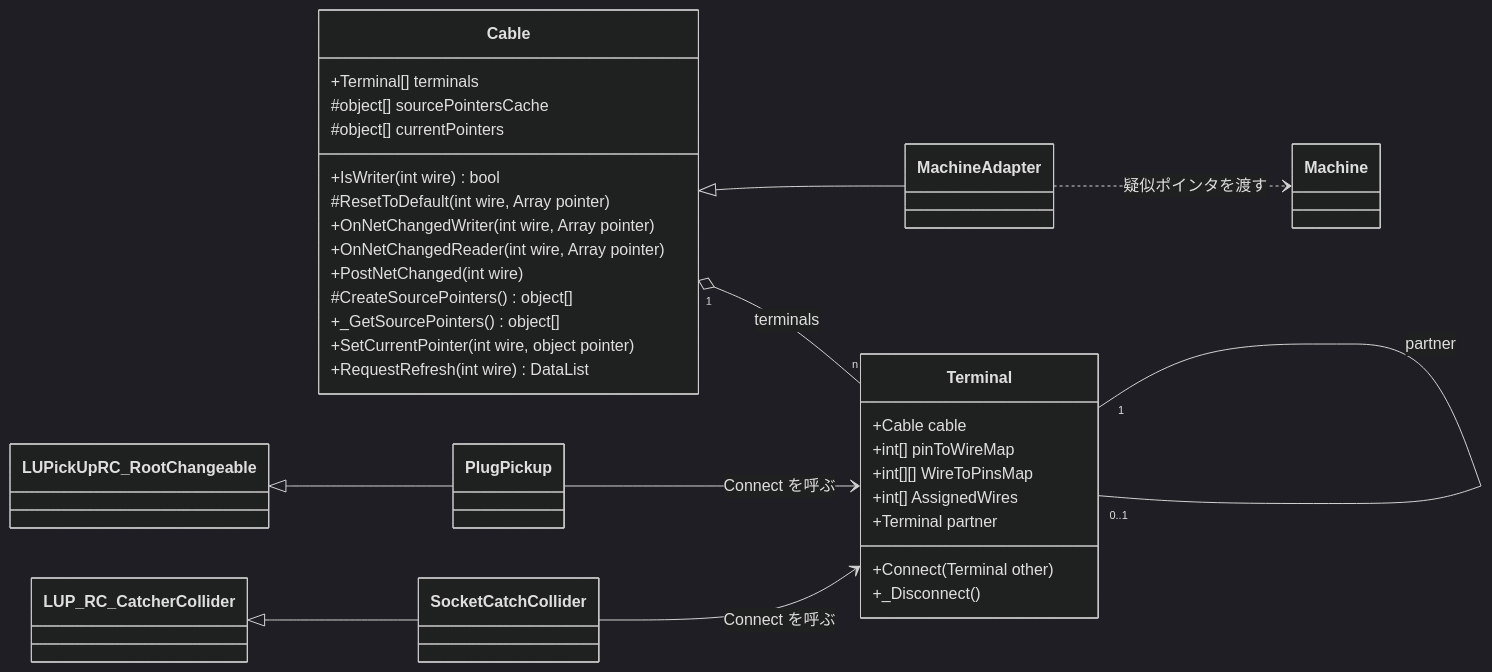
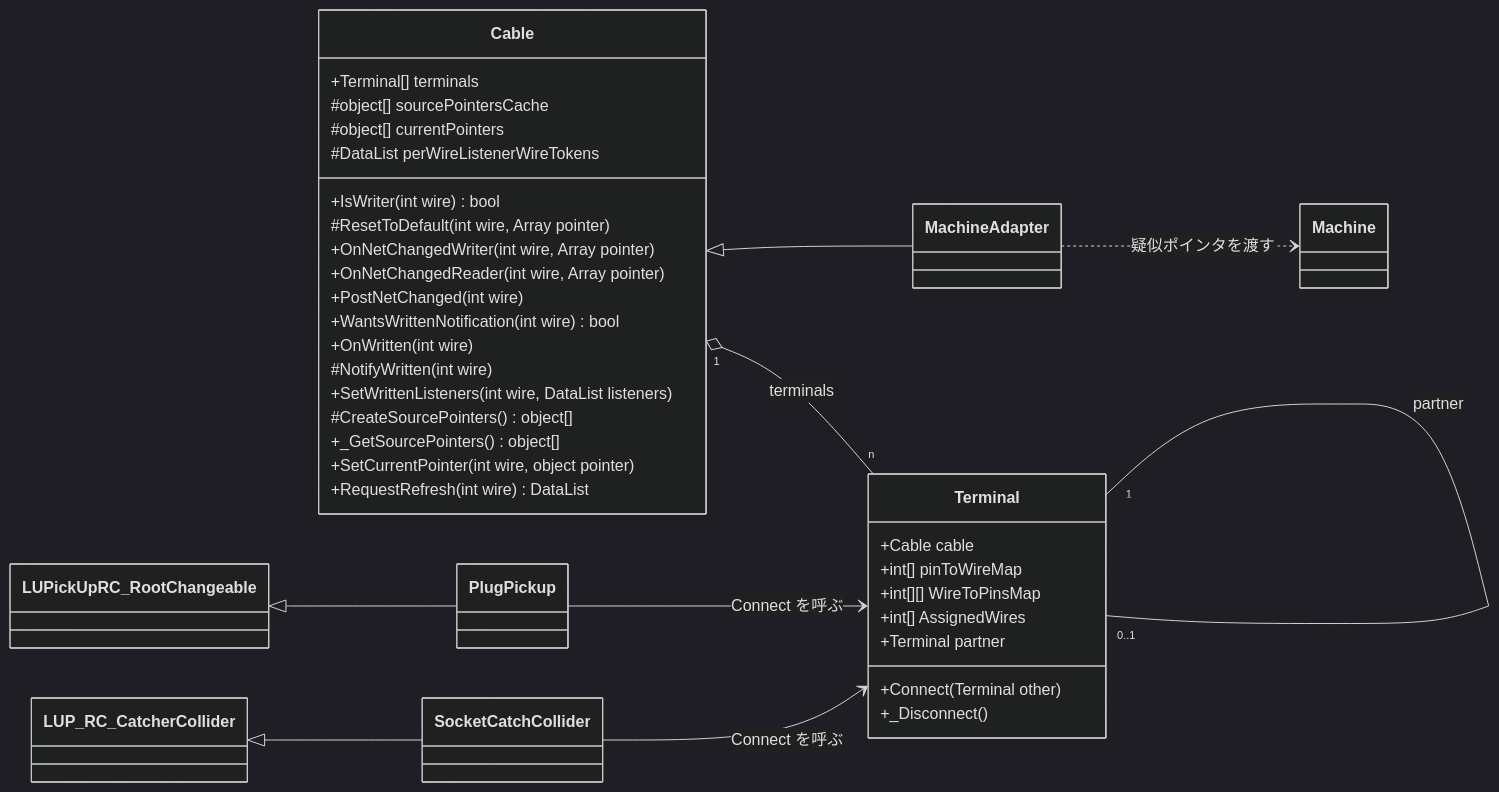
One commit to frou01/UdonSharpPickupCable changed the first of 3 diagrams in Design.md. Above: the diagram before and after it, drawn with Mermaid (dark theme). The commit also changed other lines of this file, not shown here.

````diff
--- a/Design.md
+++ b/Design.md
@@ -92,39 +97,44 @@
 ```mermaid
 classDiagram
   direction LR
   class Cable {
     +Terminal[] terminals
     #object[] sourcePointersCache
     #object[] currentPointers
+    #DataList perWireListenerWireTokens
     +IsWriter(int wire) bool
     #ResetToDefault(int wire, Array pointer)
     +OnNetChangedWriter(int wire, Array pointer)
     +OnNetChangedReader(int wire, Array pointer)
     +PostNetChanged(int wire)
+    +WantsWrittenNotification(int wire) bool
+    +OnWritten(int wire)
+    #NotifyWritten(int wire)
+    +SetWrittenListeners(int wire, DataList listeners)
     #CreateSourcePointers() object[]
     +_GetSourcePointers() object[]
     +SetCurrentPointer(int wire, object pointer)
     +RequestRefresh(int wire) DataList
   }
   class Terminal {
     +Cable cable
     +int[] pinToWireMap
     +int[][] WireToPinsMap
     +int[] AssignedWires
     +Terminal partner
     +Connect(Terminal other)
     +_Disconnect()
   }
   class MachineAdapter
   class Machine
   class PlugPickup
   class SocketCatchCollider
   Cable "1" o-- "n" Terminal : terminals
   Terminal "1" -- "0..1" Terminal : partner
   Cable <|-- MachineAdapter
   MachineAdapter ..> Machine : 疑似ポインタを渡す
   PlugPickup --> Terminal : Connect を呼ぶ
   SocketCatchCollider --> Terminal : Connect を呼ぶ
   LUPickUpRC_RootChangeable <|-- PlugPickup
   LUP_RC_CatcherCollider <|-- SocketCatchCollider
 ```
````
